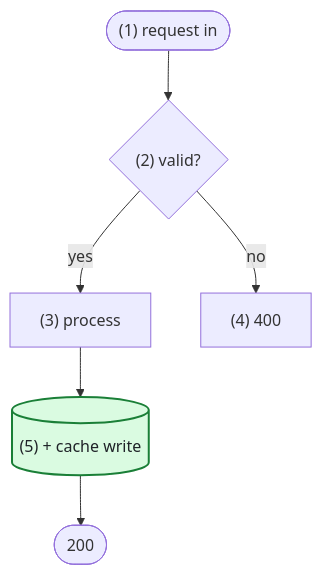
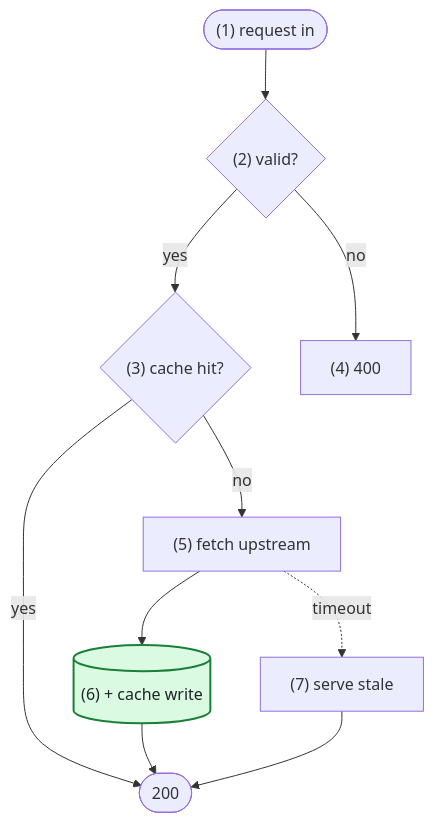
The diagram in skills/see-it/templates/flowchart.mmd (knwoop/see-it), drawn with Mermaid before and after one commit. The commit also changed 1 other file, not shown here.

Commit message:
Make diagrams match the source's conditions
Add a drawing rule: one diamond per condition, one edge per value, and
failures as separate paths. Show it in the flowchart template, and
add a step to compare each diagram with the source before replying.

```diff
--- a/skills/see-it/templates/flowchart.mmd
+++ b/skills/see-it/templates/flowchart.mmd
@@ -1,12 +1,16 @@
-%% flowchart.mmd: process flow, branching.
+%% flowchart.mmd: process flow, branching. One diamond per condition; failures are dashed side paths.
 flowchart TD
   start(["(1) request in"]) --> valid{"(2) valid?"}
-  valid -- yes --> work["(3) process"]
+  valid -- yes --> cached{"(3) cache hit?"}
   valid -- no --> reject["(4) 400"]
-  work --> cache[("(5) + cache write")]:::added
-  cache --> done(["200"])
+  cached -- yes --> done(["200"])
+  cached -- no --> fetch["(5) fetch upstream"]
+  fetch --> store[("(6) + cache write")]:::added
+  fetch -. timeout .-> stale["(7) serve stale"]
+  store --> done
+  stale --> done
 
   classDef added fill:#dafbe1,stroke:#1a7f37,stroke-width:2px,color:#1f2328
   classDef removed fill:#ffebe9,stroke:#cf222e,stroke-width:2px,stroke-dasharray:5 3,color:#1f2328
   classDef changed fill:#fff8c5,stroke:#9a6700,stroke-width:2px,color:#1f2328
   classDef boundary fill:#eaeef2,stroke:#8c959f,stroke-dasharray:3 3,color:#57606a
```
